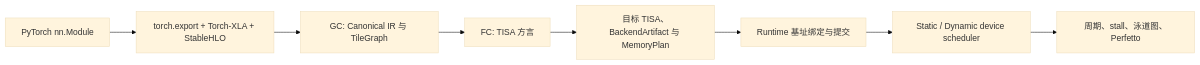
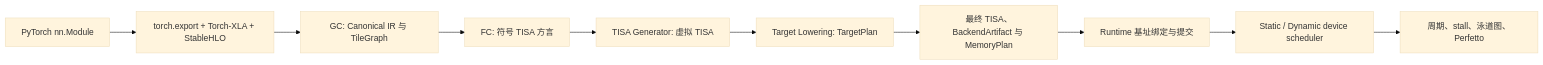
One commit to cxjiang-bk/npu-ooo-simulator changed the diagram in README.md. Above: the diagram before and after it, drawn with Mermaid (base theme). The commit also changed other lines of this file and 28 other files, not shown here.

````diff
--- a/README.md
+++ b/README.md
@@ -5,10 +5,12 @@
 ```mermaid
 flowchart LR
     A[PyTorch nn.Module] --> B[torch.export + Torch-XLA + StableHLO]
     B --> C[GC: Canonical IR 与 TileGraph]
-    C --> D[FC: TISA 方言]
-    D --> E[目标 TISA、BackendArtifact 与 MemoryPlan]
-    E --> F[Runtime 基址绑定与提交]
+    C --> D[FC: 符号 TISA 方言]
+    D --> E[TISA Generator: 虚拟 TISA]
+    E --> I[Target Lowering: TargetPlan]
+    I --> J[最终 TISA、BackendArtifact 与 MemoryPlan]
+    J --> F[Runtime 基址绑定与提交]
     F --> G[Static / Dynamic device scheduler]
     G --> H[周期、stall、泳道图、Perfetto]
 ```
````
